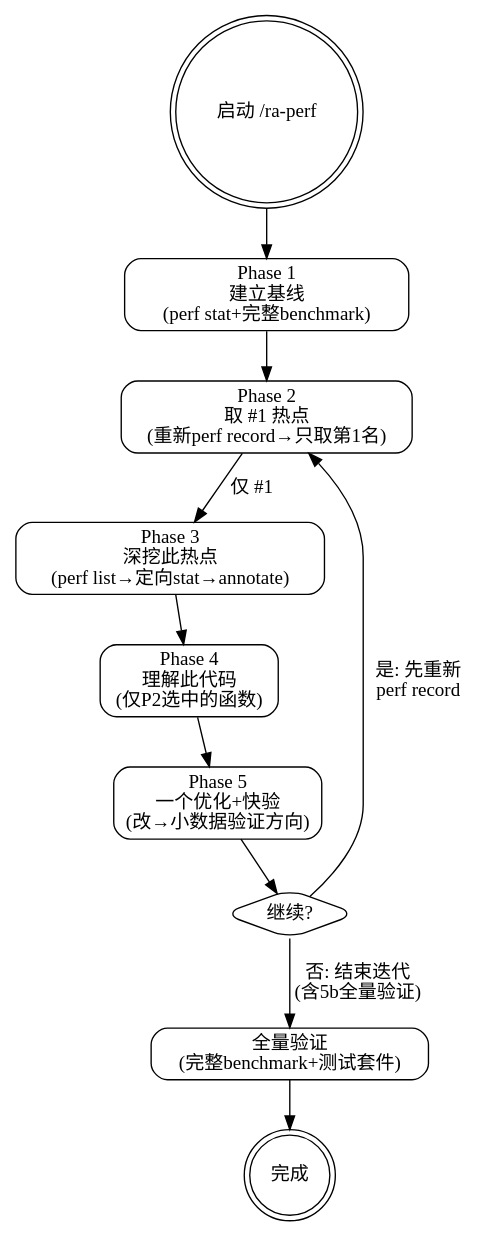
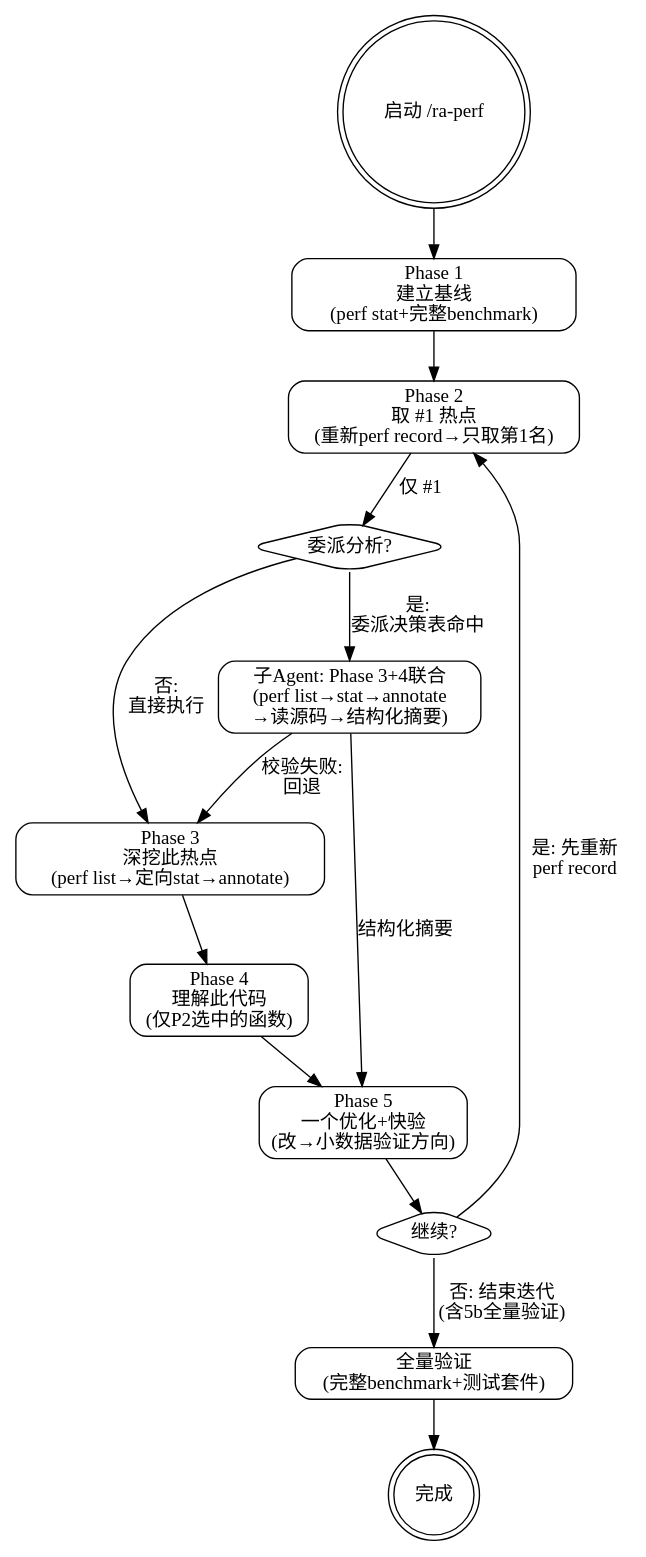
The diagram in skills/ra-perf/SKILL.md (sueichen/reliable-agent), drawn with Graphviz before and after one commit. The commit also changed other lines of this file and 1 other file, not shown here.

First line of the commit message:
feat(ra-perf): 新增 Phase 3+4 子代理委派模式，减少主 agent 上下文污染

````diff
--- a/skills/ra-perf/SKILL.md
+++ b/skills/ra-perf/SKILL.md
@@ -34,27 +34,33 @@
 ```dot
-digraph ra_perf_v2_1 {
+digraph ra_perf_v2_2 {
     rankdir=TB;
     node [shape=box, style=rounded];
 
     start [label="启动 /ra-perf", shape=doublecircle];
 
     p1 [label="Phase 1\n建立基线\n(perf stat+完整benchmark)"];
     p2 [label="Phase 2\n取 #1 热点\n(重新perf record→只取第1名)"];
+    delegate [label="委派分析?", shape=diamond];
+    sub [label="子Agent: Phase 3+4联合\n(perf list→stat→annotate\n→读源码→结构化摘要)"];
     p3 [label="Phase 3\n深挖此热点\n(perf list→定向stat→annotate)"];
     p4 [label="Phase 4\n理解此代码\n(仅P2选中的函数)"];
     p5 [label="Phase 5\n一个优化+快验\n(改→小数据验证方向)"];
     next [label="继续?", shape=diamond];
     full [label="全量验证\n(完整benchmark+测试套件)"];
     done [label="完成", shape=doublecircle];
 
     start -> p1;
     p1 -> p2;
-    p2 -> p3 [label="仅 #1"];
+    p2 -> delegate [label="仅 #1"];
+    delegate -> sub [label="是:\n委派决策表命中"];
+    delegate -> p3 [label="否:\n直接执行"];
+    sub -> p5 [label="结构化摘要"];
+    sub -> p3 [label="校验失败:\n回退"];
     p3 -> p4;
     p4 -> p5;
     p5 -> next;
     next -> p2 [label="是: 先重新\nperf record"];
     next -> full [label="否: 结束迭代\n(含5b全量验证)"];
     full -> done;
 }
 ```
````
